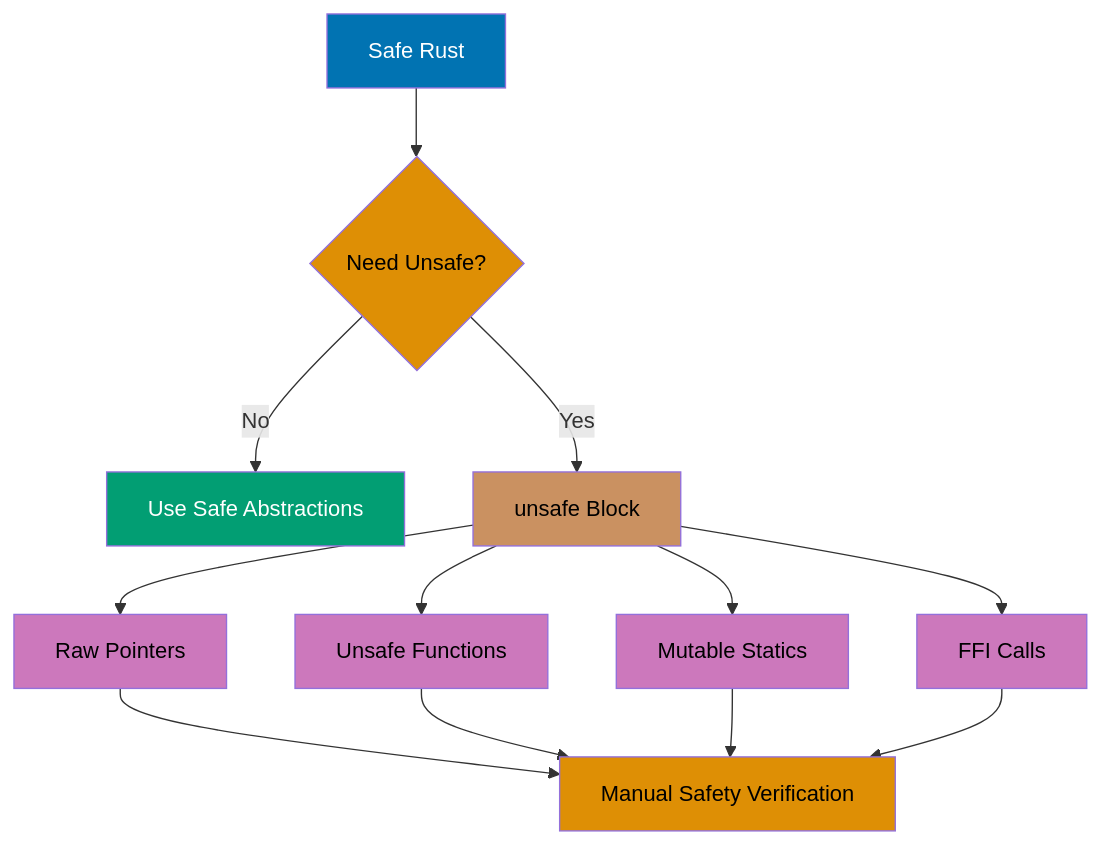
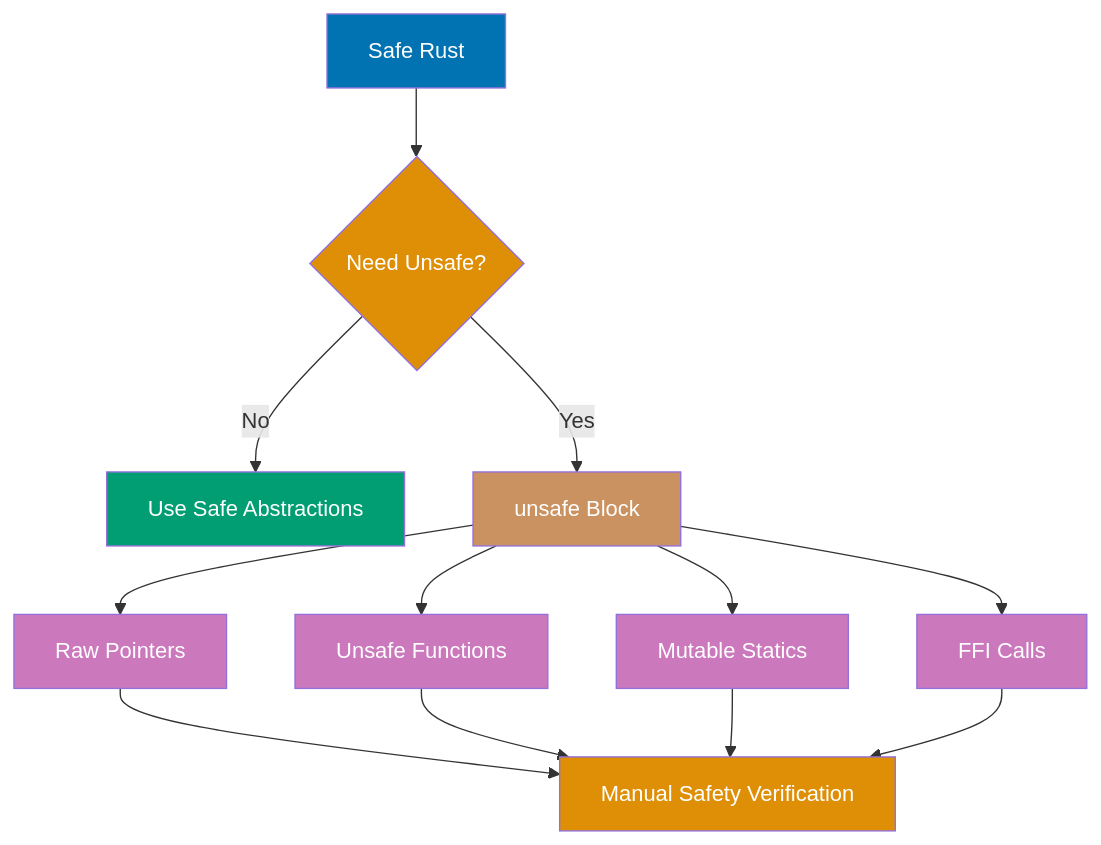
The first of 16 diagrams in apps/ayokoding-web/content/en/learn/software-engineering/programming-languages/rust/by-example/advanced.md (wahidyankf/open-sharia-enterprise), drawn with Mermaid before and after one commit. The commit also changed other lines of this file and 61 other files, not shown here.

First line of the commit message:
fix(ayokoding-web): quote Mermaid node labels with special characters in Example 63

````diff
--- a/apps/ayokoding-web/content/en/learn/software-engineering/programming-languages/rust/by-example/advanced.md
+++ b/apps/ayokoding-web/content/en/learn/software-engineering/programming-languages/rust/by-example/advanced.md
@@ -20,24 +20,24 @@
 ```mermaid
 graph TD
     A[Safe Rust] --> B{Need Unsafe?}
     B -->|No| C[Use Safe Abstractions]
     B -->|Yes| D[unsafe Block]
     D --> E[Raw Pointers]
     D --> F[Unsafe Functions]
     D --> G[Mutable Statics]
     D --> H[FFI Calls]
     E --> I[Manual Safety Verification]
     F --> I
     G --> I
     H --> I
 
     style A fill:#0173B2,color:#fff
-    style B fill:#DE8F05,color:#000
+    style B fill:#DE8F05,color:#fff
     style C fill:#029E73,color:#fff
-    style D fill:#CA9161,color:#000
-    style E fill:#CC78BC,color:#000
-    style F fill:#CC78BC,color:#000
-    style G fill:#CC78BC,color:#000
-    style H fill:#CC78BC,color:#000
-    style I fill:#DE8F05,color:#000
+    style D fill:#CA9161,color:#fff
+    style E fill:#CC78BC,color:#fff
+    style F fill:#CC78BC,color:#fff
+    style G fill:#CC78BC,color:#fff
+    style H fill:#CC78BC,color:#fff
+    style I fill:#DE8F05,color:#fff
 ```
````
